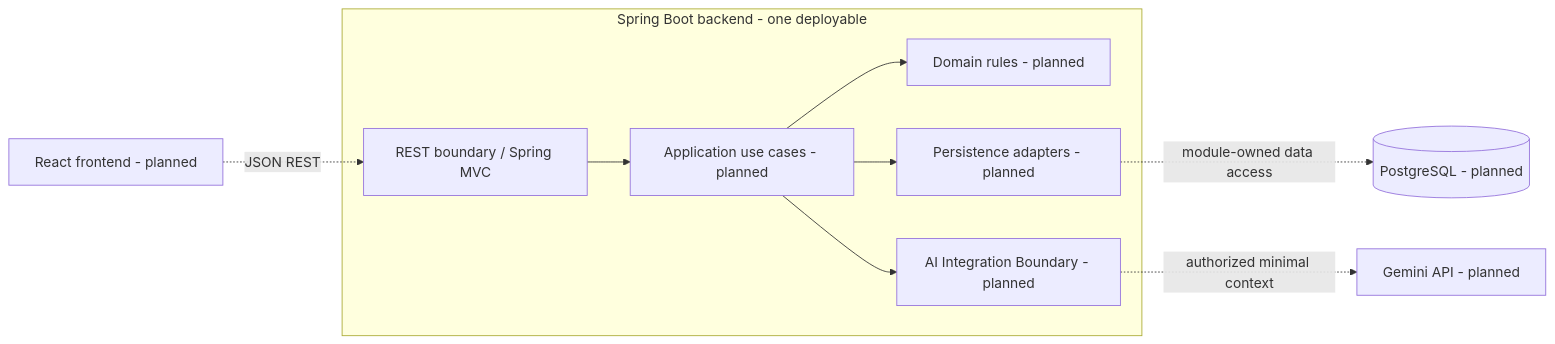
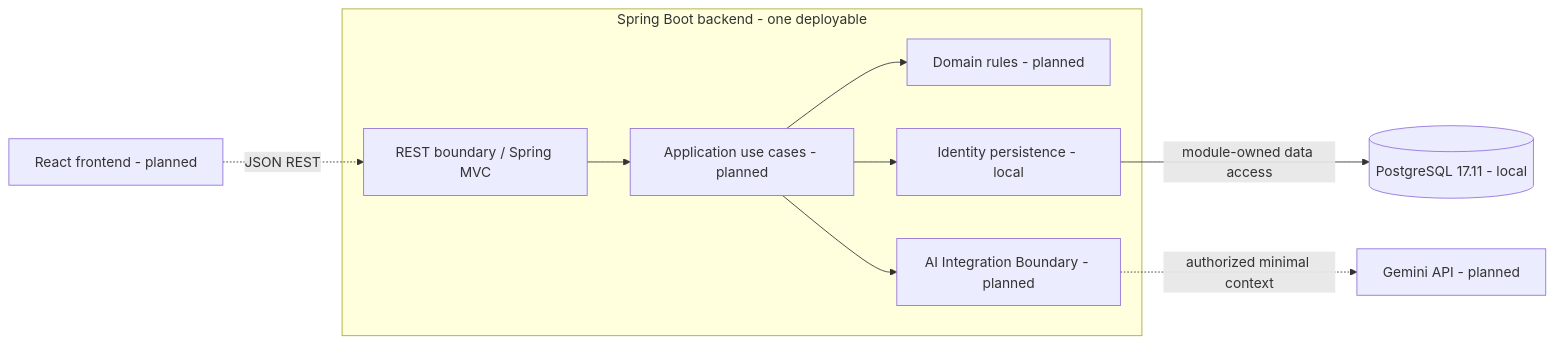
One commit to aanhtuan/SmartRent changed the diagram in README.md. Above: the diagram before and after it, drawn with Mermaid. The commit also changed other lines of this file and 7 other files, not shown here.

````diff
--- a/README.md
+++ b/README.md
@@ -96,22 +96,22 @@
 ```mermaid
 flowchart LR
     frontend["React frontend - planned"]
-    database[("PostgreSQL - planned")]
+    database[("PostgreSQL 17.11 - local")]
     gemini["Gemini API - planned"]
 
     subgraph backend["Spring Boot backend - one deployable"]
         api["REST boundary / Spring MVC"]
         application["Application use cases - planned"]
         domain["Domain rules - planned"]
-        persistence["Persistence adapters - planned"]
+        persistence["Identity persistence - local"]
         ai["AI Integration Boundary - planned"]
         api --> application
         application --> domain
         application --> persistence
         application --> ai
     end
 
     frontend -. "JSON REST" .-> api
-    persistence -. "module-owned data access" .-> database
+    persistence -->|"module-owned data access"| database
     ai -. "authorized minimal context" .-> gemini
 ```
````
